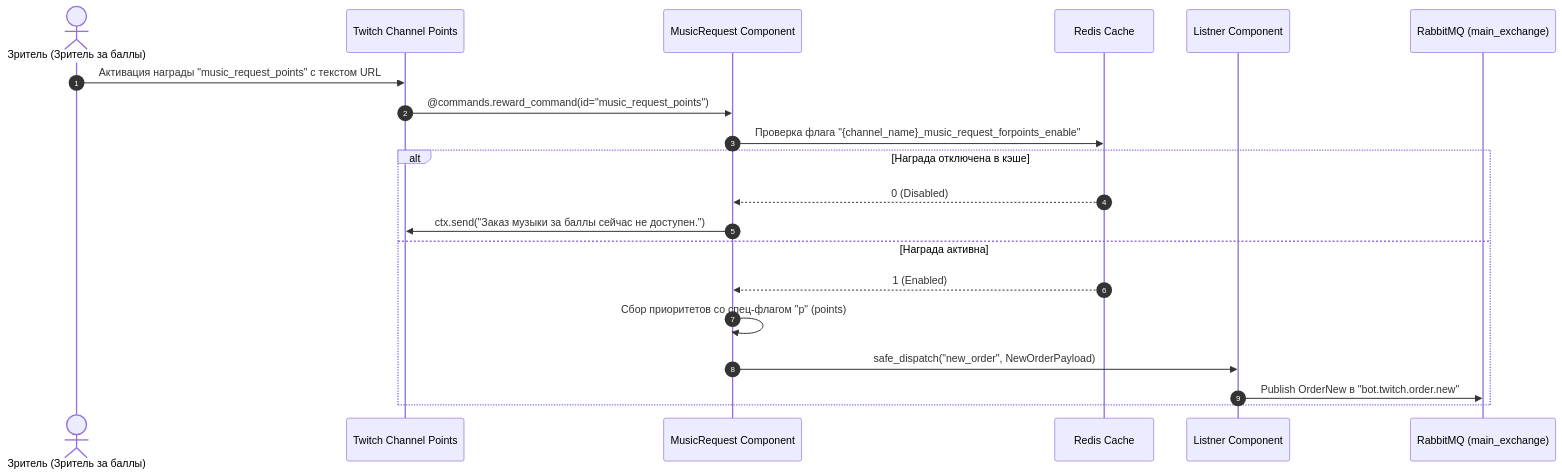
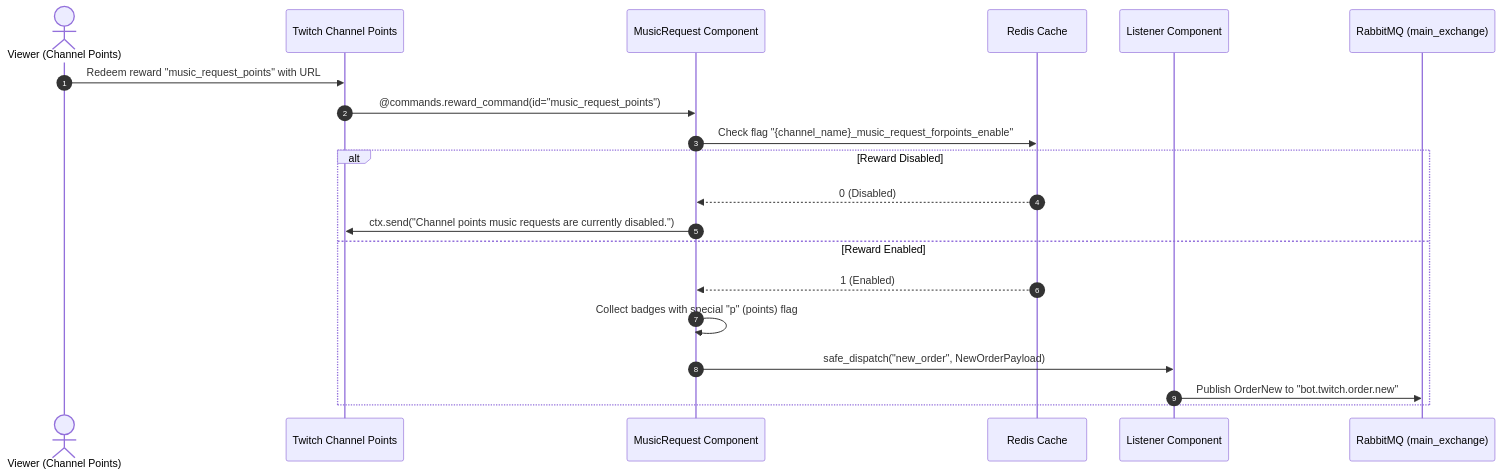
One commit to DustGalaxy/openplaylist-mono changed the third of 5 diagrams in docs/bots/bot_ttv.md. Above: the diagram before and after it, drawn with Mermaid. The commit also changed other lines of this file and 21 other files, not shown here.

Commit message:
docs: translate technical architecture and component guides to English

````diff
--- a/docs/bots/bot_ttv.md
+++ b/docs/bots/bot_ttv.md
@@ -175,24 +175,24 @@
 ```mermaid
 sequenceDiagram
     autonumber
-    actor Chatter as Зритель (Зритель за баллы)
+    actor Chatter as Viewer (Channel Points)
     participant TTV as Twitch Channel Points
     participant MR as MusicRequest Component
     participant Redis as Redis Cache
-    participant Listener as Listner Component
+    participant Listener as Listener Component
     participant Rabbit as RabbitMQ (main_exchange)
 
-    Chatter->>TTV: Активация награды "music_request_points" с текстом URL
+    Chatter->>TTV: Redeem reward "music_request_points" with URL
     TTV->>MR: @commands.reward_command(id="music_request_points")
-    MR->>Redis: Проверка флага "{channel_name}_music_request_forpoints_enable"
+    MR->>Redis: Check flag "{channel_name}_music_request_forpoints_enable"
     
-    alt Награда отключена в кэше
+    alt Reward Disabled
         Redis-->>MR: 0 (Disabled)
-        MR->>TTV: ctx.send("Заказ музыки за баллы сейчас не доступен.")
-    else Награда активна
+        MR->>TTV: ctx.send("Channel points music requests are currently disabled.")
+    else Reward Enabled
         Redis-->>MR: 1 (Enabled)
-        MR->>MR: Сбор приоритетов со спец-флагом "p" (points)
+        MR->>MR: Collect badges with special "p" (points) flag
         MR->>Listener: safe_dispatch("new_order", NewOrderPayload)
-        Listener->>Rabbit: Publish OrderNew в "bot.twitch.order.new"
+        Listener->>Rabbit: Publish OrderNew to "bot.twitch.order.new"
     end
 ```
````
